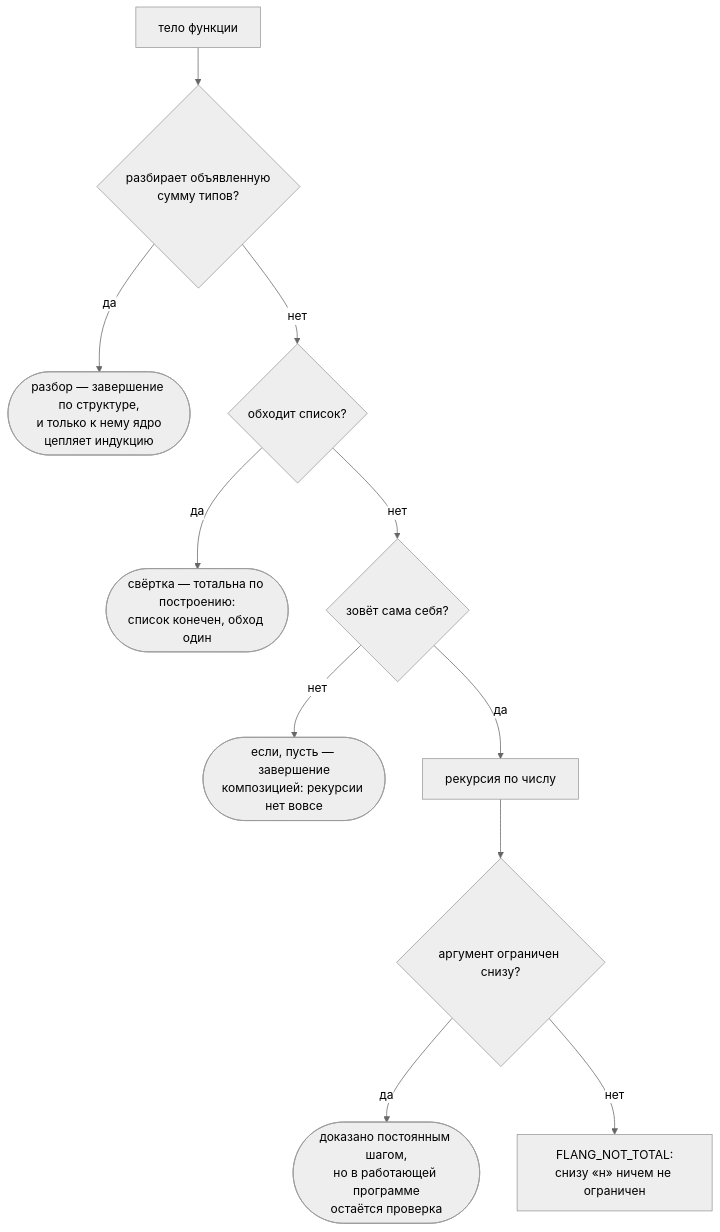
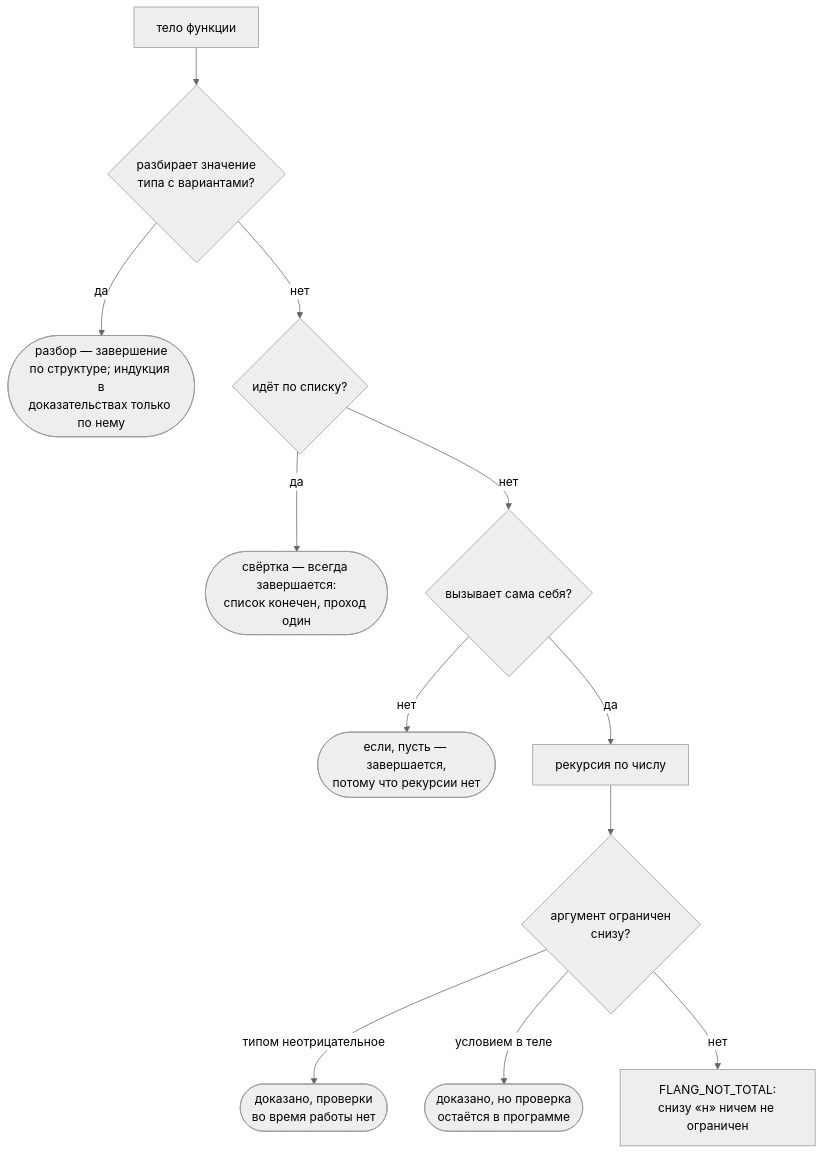
The diagram in docs/site/tutorial.ru.md (digitable-lol/flang), drawn with Mermaid (neutral theme) before and after one commit. The commit also changed other lines of this file and 3 other files, not shown here.

````diff
--- a/docs/site/tutorial.ru.md
+++ b/docs/site/tutorial.ru.md
@@ -124,15 +139,16 @@
 ```mermaid Какую форму тела выбрать
 flowchart TD
-  A[тело функции] --> B{разбирает объявленную<br>сумму типов?}
-  B -->|да| C([разбор — завершение по структуре,<br>и только к нему ядро<br>цепляет индукцию])
-  B -->|нет| D{обходит список?}
-  D -->|да| E([свёртка — тотальна по построению:<br>список конечен, обход один])
-  D -->|нет| F{зовёт сама себя?}
-  F -->|нет| G([если, пусть — завершение<br>композицией: рекурсии нет вовсе])
+  A[тело функции] --> B{разбирает значение<br>типа с вариантами?}
+  B -->|да| C([разбор — завершение<br>по структуре; индукция в<br>доказательствах только по нему])
+  B -->|нет| D{идёт по списку?}
+  D -->|да| E([свёртка — всегда завершается:<br>список конечен, проход один])
+  D -->|нет| F{вызывает сама себя?}
+  F -->|нет| G([если, пусть — завершается,<br>потому что рекурсии нет])
   F -->|да| H[рекурсия по числу]
-  H --> I{аргумент ограничен снизу?}
-  I -->|да| J([доказано постоянным шагом,<br>но в работающей программе<br>остаётся проверка])
+  H --> I{аргумент ограничен<br>снизу?}
+  I -->|типом неотрицательное| J1([доказано, проверки<br>во время работы нет])
+  I -->|условием в теле| J([доказано, но проверка<br>остаётся в программе])
   I -->|нет| K[FLANG_NOT_TOTAL:<br>снизу «н» ничем не ограничен]
-  class C,E,G vyvod
+  class C,E,G,J1 vyvod
   class K otkaz
 ```
````
